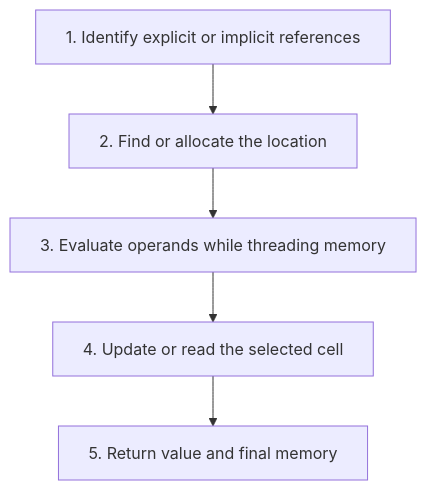
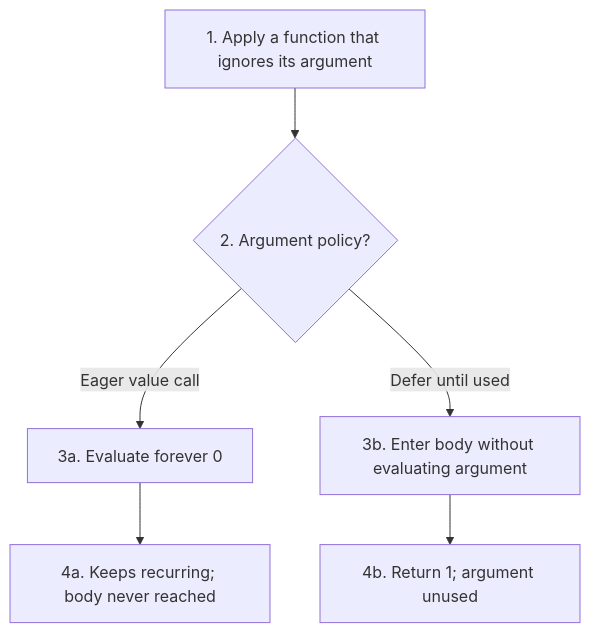
One commit to S0lluxx26/Programming_language_book_analyze changed the diagram in dist/assets/diagrams/textbook-06-4.mmd. Above: the diagram before and after it, drawn with Mermaid. The commit also changed 44 other files, not shown here.

```diff
--- a/dist/assets/diagrams/textbook-06-4.mmd
+++ b/dist/assets/diagrams/textbook-06-4.mmd
@@ -1,13 +1,8 @@
-%%{init: {"flowchart": {"wrappingWidth": 600}}}%%
 flowchart TD
-  accTitle: Lecture 8 reasoning route
-  accDescr: Numbered stages for applying state and parameter passing.
-  N0["1. Identify explicit or implicit references"]
-  N1["2. Find or allocate the location"]
-  N0 --> N1
-  N2["3. Evaluate operands while threading memory"]
-  N1 --> N2
-  N3["4. Update or read the selected cell"]
-  N2 --> N3
-  N4["5. Return value and final memory"]
-  N3 --> N4
+  accTitle: Chapter 6 - an unused argument separates eager and deferred execution
+  accDescr: Eager evaluation enters a diverging argument before the body. Deferred evaluation can return one because the body never requests the argument.
+  A["1. Apply a function that ignores its argument"] --> B{"2. Argument policy?"}
+  B -->|"Eager value call"| C["3a. Evaluate forever 0"]
+  C --> D["4a. Keeps recurring; body never reached"]
+  B -->|"Defer until used"| E["3b. Enter body without evaluating argument"]
+  E --> F["4b. Return 1; argument unused"]
```
